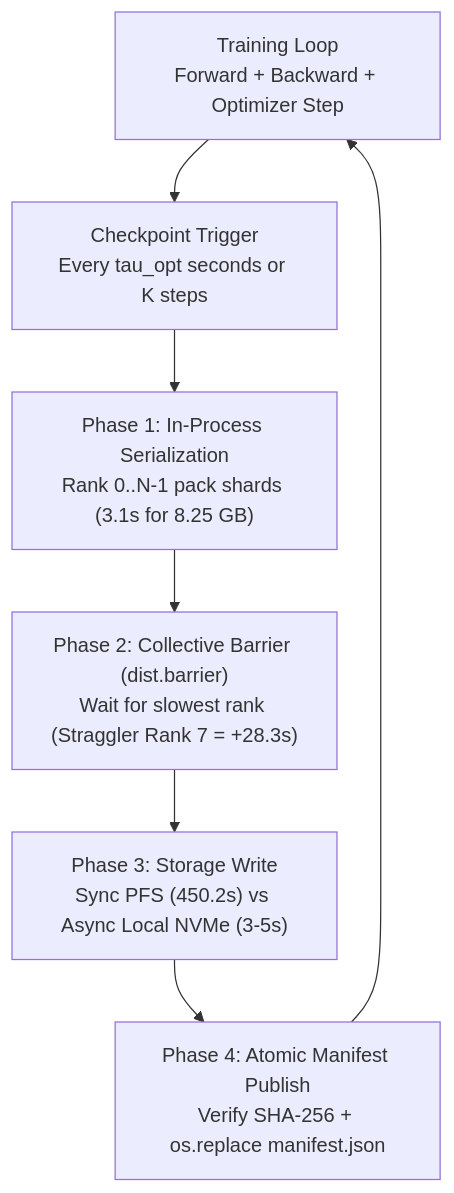
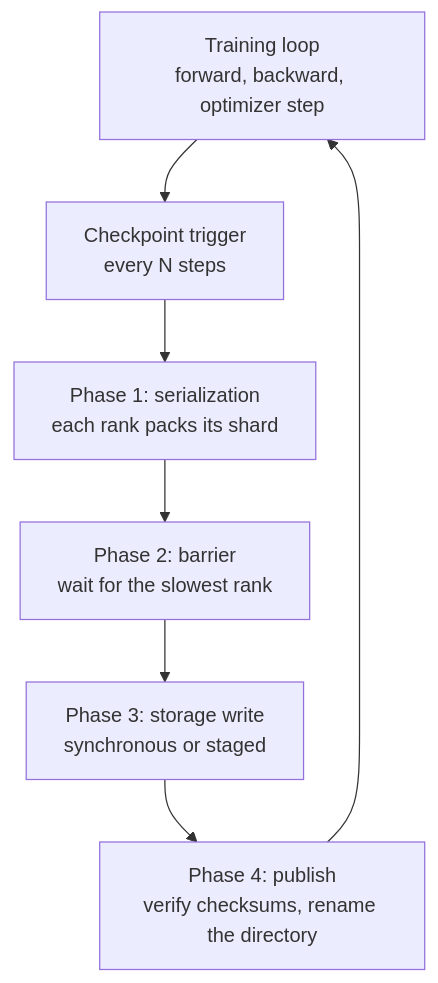
The first of 3 diagrams in docs/part-13-ai-storage/07-checkpoint-architecture-and-recovery.md (jithinpnjm/ai-infra-handbook), drawn with Mermaid before and after one commit. The commit also changed other lines of this file and 8 other files, not shown here.

````diff
--- a/docs/part-13-ai-storage/07-checkpoint-architecture-and-recovery.md
+++ b/docs/part-13-ai-storage/07-checkpoint-architecture-and-recovery.md
@@ -171,11 +83,11 @@
 ```mermaid
 flowchart TD
-    Loop["Training Loop<br/>Forward + Backward + Optimizer Step"]
-    Trig["Checkpoint Trigger<br/>Every tau_opt seconds or K steps"]
-    Ser["Phase 1: In-Process Serialization<br/>Rank 0..N-1 pack shards (3.1s for 8.25 GB)"]
-    Bar["Phase 2: Collective Barrier (dist.barrier)<br/>Wait for slowest rank (Straggler Rank 7 = +28.3s)"]
-    Write["Phase 3: Storage Write<br/>Sync PFS (450.2s) vs Async Local NVMe (3-5s)"]
-    Pub["Phase 4: Atomic Manifest Publish<br/>Verify SHA-256 + os.replace manifest.json"]
+    Loop["Training loop<br/>forward, backward, optimizer step"]
+    Trig["Checkpoint trigger<br/>every N steps"]
+    Ser["Phase 1: serialization<br/>each rank packs its shard"]
+    Bar["Phase 2: barrier<br/>wait for the slowest rank"]
+    Write["Phase 3: storage write<br/>synchronous or staged"]
+    Pub["Phase 4: publish<br/>verify checksums, rename the directory"]
 
     Loop --> Trig --> Ser --> Bar --> Write --> Pub --> Loop
 ```
````
